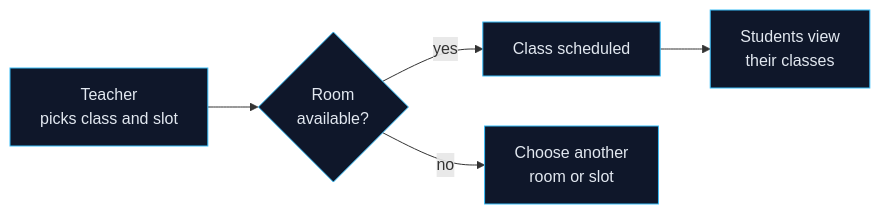
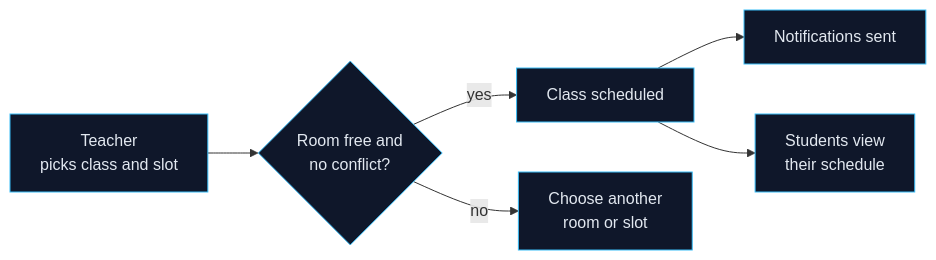
One commit to ErMrinmoySarkar/ErMrinmoySarkar changed the diagram in README.md. Above: the diagram before and after it, drawn with Mermaid. The commit also changed other lines of this file, not shown here.

````diff
--- a/README.md
+++ b/README.md
@@ -186,9 +185,10 @@
 ```mermaid
 flowchart LR
-    T["Teacher<br/>picks class and slot"] --> C{"Room<br/>available?"}
+    T["Teacher<br/>picks class and slot"] --> C{"Room free and<br/>no conflict?"}
     C -- "yes" --> S["Class scheduled"]
     C -- "no" --> R["Choose another<br/>room or slot"]
-    S --> V["Students view<br/>their classes"]
+    S --> N["Notifications sent"]
+    S --> V["Students view<br/>their schedule"]
     classDef box fill:#0f172a,stroke:#38bdf8,color:#e2e8f0,stroke-width:1px;
-    class T,C,S,R,V box;
+    class T,C,S,R,N,V box;
 ```
````
